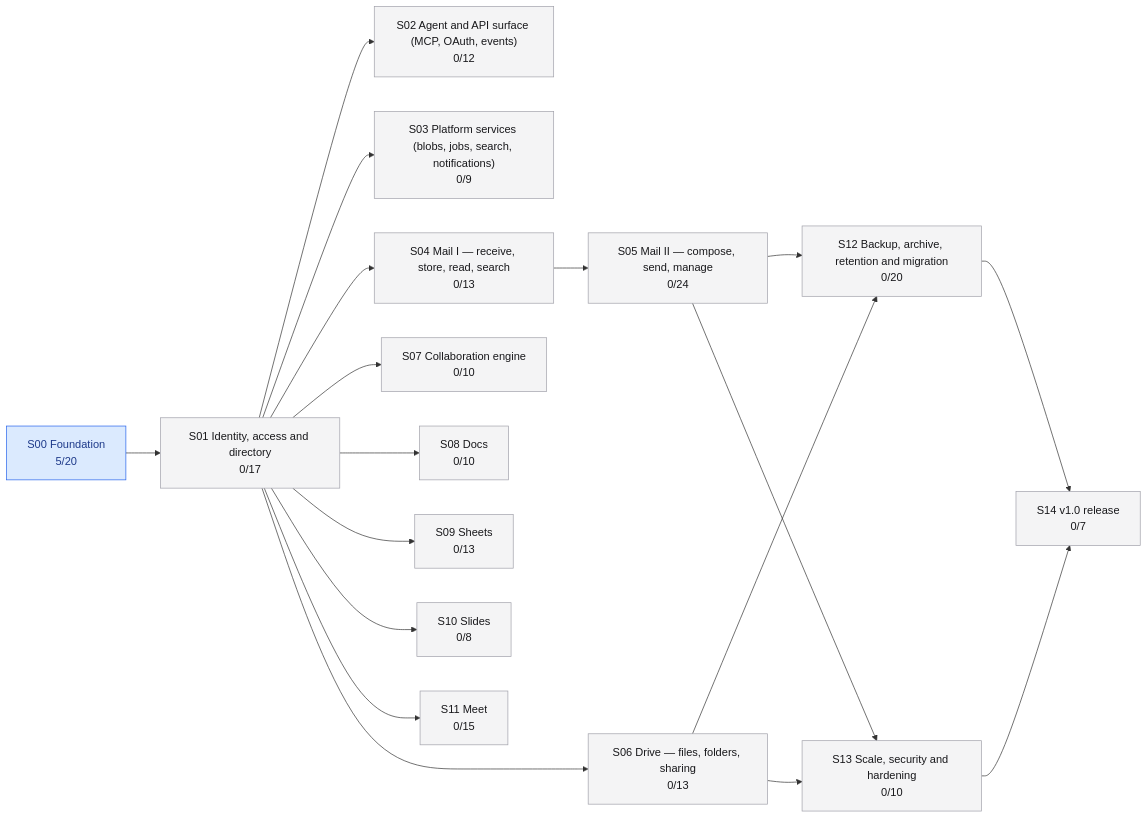
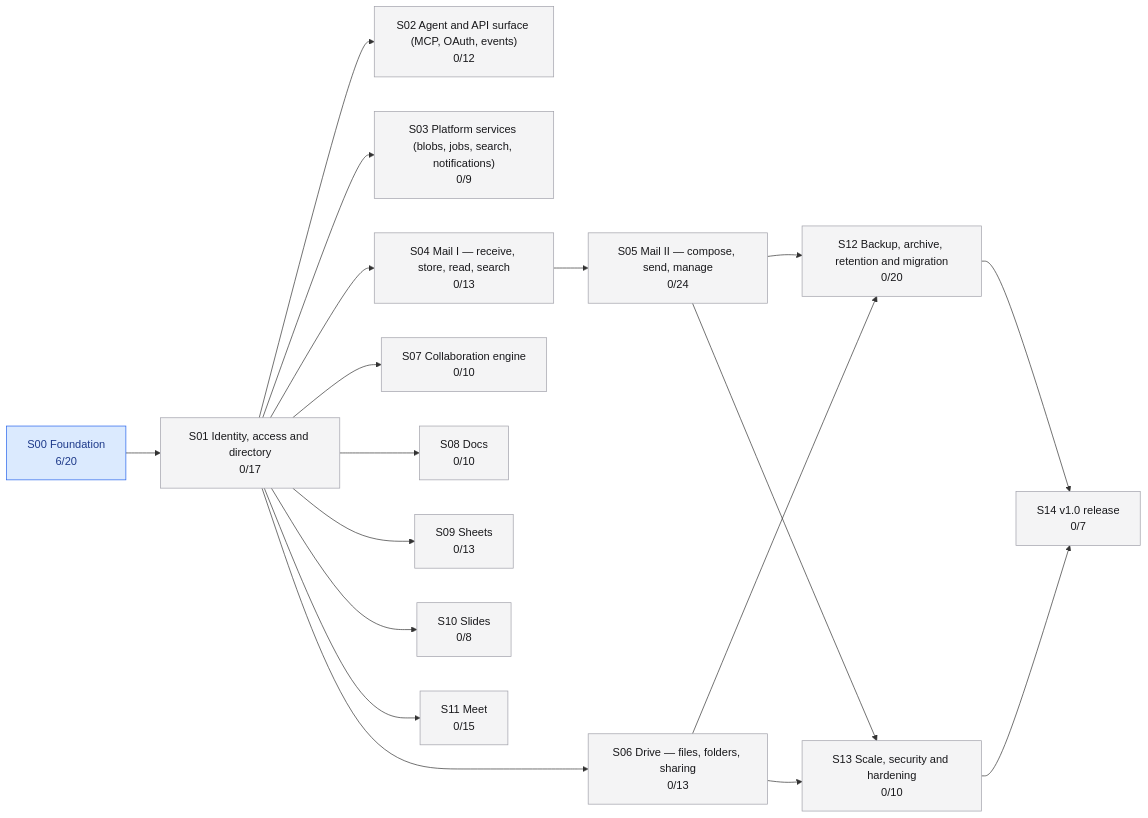
One commit to jaredwray/soldock changed the diagram in plan/STATUS.md. Above: the diagram before and after it, drawn with Mermaid. The commit also changed other lines of this file and 3 other files, not shown here.

````diff
--- a/plan/STATUS.md
+++ b/plan/STATUS.md
@@ -56,38 +56,38 @@
 ```mermaid
 graph LR
-  S00["S00 Foundation<br/>5/20"]:::active
+  S00["S00 Foundation<br/>6/20"]:::active
   S01["S01 Identity, access and directory<br/>0/17"]:::planned
   S02["S02 Agent and API surface (MCP, OAuth, events)<br/>0/12"]:::planned
   S03["S03 Platform services (blobs, jobs, search, notifications)<br/>0/9"]:::planned
   S04["S04 Mail I — receive, store, read, search<br/>0/13"]:::planned
   S05["S05 Mail II — compose, send, manage<br/>0/24"]:::planned
   S06["S06 Drive — files, folders, sharing<br/>0/13"]:::planned
   S07["S07 Collaboration engine<br/>0/10"]:::planned
   S08["S08 Docs<br/>0/10"]:::planned
   S09["S09 Sheets<br/>0/13"]:::planned
   S10["S10 Slides<br/>0/8"]:::planned
   S11["S11 Meet<br/>0/15"]:::planned
   S12["S12 Backup, archive, retention and migration<br/>0/20"]:::planned
   S13["S13 Scale, security and hardening<br/>0/10"]:::planned
   S14["S14 v1.0 release<br/>0/7"]:::planned
   S00 --> S01
   S01 --> S02
   S01 --> S03
   S01 --> S04
   S04 --> S05
   S01 --> S06
   S01 --> S07
   S01 --> S08
   S01 --> S09
   S01 --> S10
   S01 --> S11
   S05 --> S12
   S06 --> S12
   S05 --> S13
   S06 --> S13
   S12 --> S14
   S13 --> S14
   classDef planned fill:#f4f4f5,stroke:#a1a1aa,color:#18181b
   classDef active fill:#dbeafe,stroke:#2563eb,color:#1e3a8a
   classDef done fill:#dcfce7,stroke:#16a34a,color:#14532d
 ```
````
